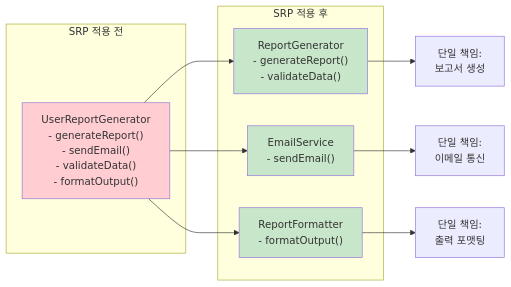
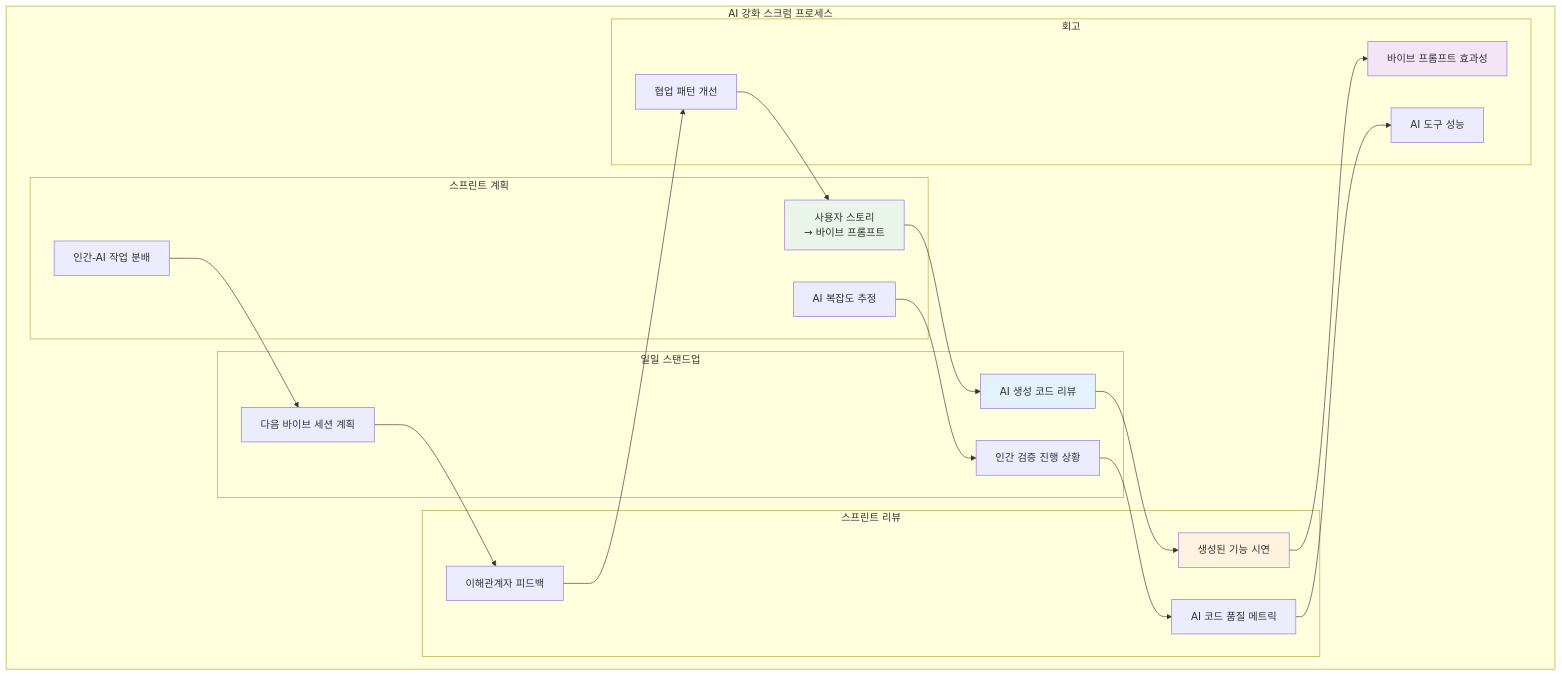
Before and after one commit to hunkim/VibeSoftwareEngineering: the third of 3 diagrams in chapters/ko/chapter-02.md, drawn with Mermaid. The commit also changed other lines of this file and 7 other files, not shown here.

````diff
--- a/chapters/ko/chapter-02.md
+++ b/chapters/ko/chapter-02.md
@@ -87,25 +174,44 @@
 ```mermaid
-graph LR
-    subgraph "SRP 적용 전"
-        A["UserReportGenerator<br/>- generateReport()<br/>- sendEmail()<br/>- validateData()<br/>- formatOutput()"]
+graph TB
+    subgraph "AI 강화 스크럼 프로세스"
+        subgraph "스프린트 계획"
+            A["사용자 스토리<br/>→ 바이브 프롬프트"]
+            B["AI 복잡도 추정"]
+            C["인간-AI 작업 분배"]
+        end
+        
+        subgraph "일일 스탠드업"
+            D["AI 생성 코드 리뷰"]
+            E["인간 검증 진행 상황"]
+            F["다음 바이브 세션 계획"]
+        end
+        
+        subgraph "스프린트 리뷰"
+            G["생성된 기능 시연"]
+            H["AI 코드 품질 메트릭"]
+            I["이해관계자 피드백"]
+        end
+        
+        subgraph "회고"
+            J["바이브 프롬프트 효과성"]
+            K["AI 도구 성능"]
+            L["협업 패턴 개선"]
+        end
     end
     
-    subgraph "SRP 적용 후"
-        B["ReportGenerator<br/>- generateReport()<br/>- validateData()"]
-        C["EmailService<br/>- sendEmail()"]
-        D["ReportFormatter<br/>- formatOutput()"]
-    end
+    A --> D
+    B --> E
+    C --> F
+    D --> G
+    E --> H
+    F --> I
+    G --> J
+    H --> K
+    I --> L
+    L --> A
     
-    A --> B
-    A --> C
-    A --> D
-    
-    B --> E["단일 책임:<br/>보고서 생성"]
-    C --> F["단일 책임:<br/>이메일 통신"]
-    D --> G["단일 책임:<br/>출력 포맷팅"]
-    
-    style A fill:#ffcdd2
-    style B fill:#c8e6c9
-    style C fill:#c8e6c9
-    style D fill:#c8e6c9
+    style A fill:#e8f5e8
+    style D fill:#e3f2fd
+    style G fill:#fff3e0
+    style J fill:#f3e5f5
 ```
````
